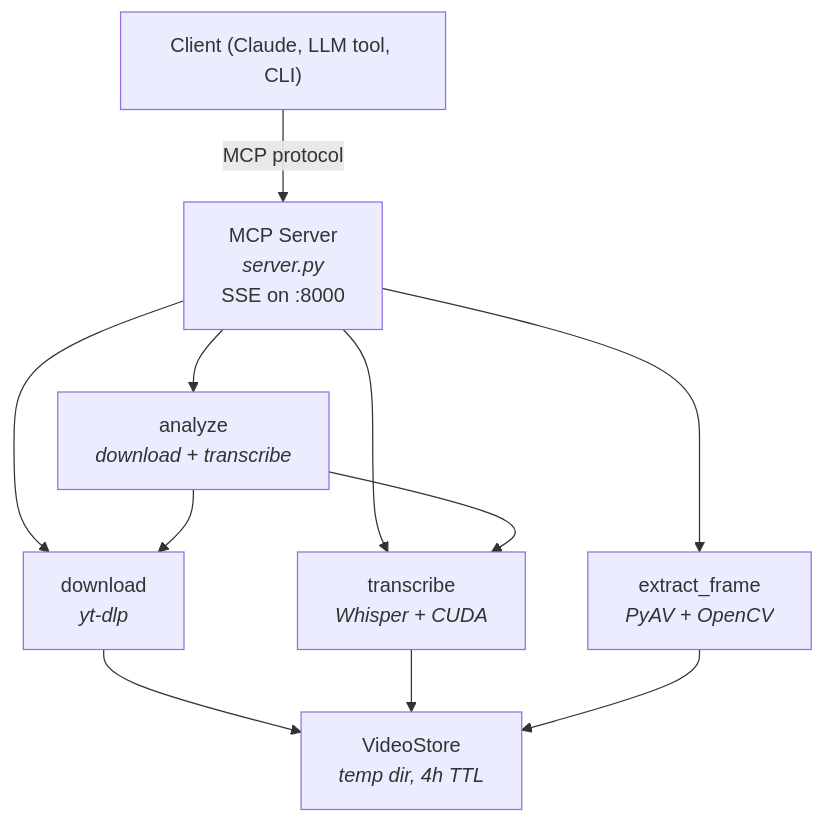
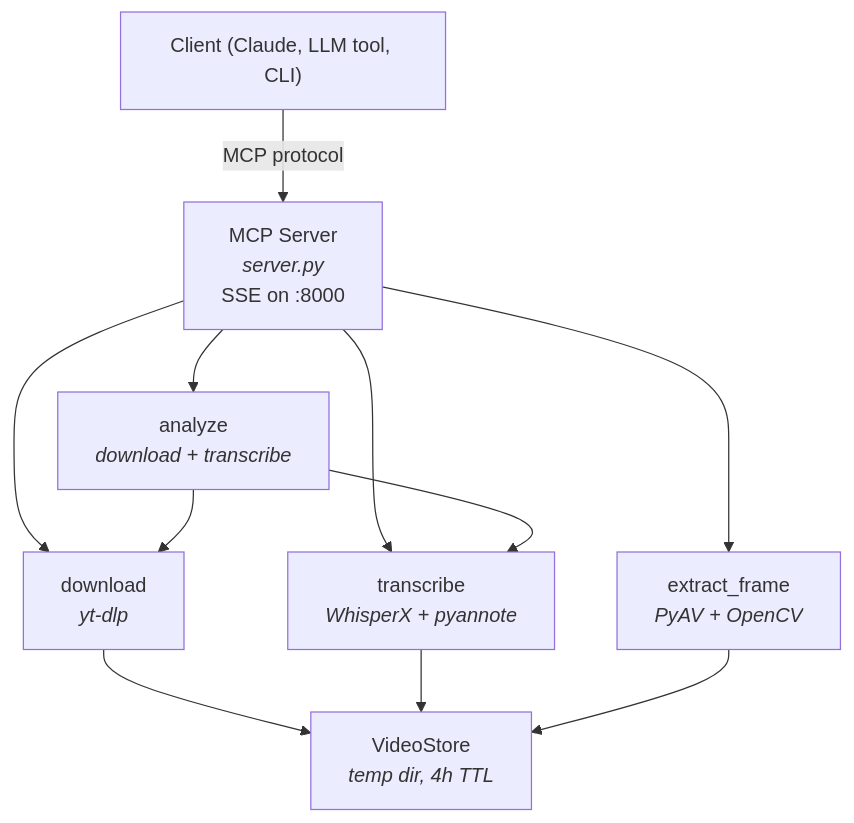
The diagram in README.md (icooper/video-decomposer-mcp), drawn with Mermaid before and after one commit. The commit also changed other lines of this file and 18 other files, not shown here.

````diff
--- a/README.md
+++ b/README.md
@@ -116,21 +118,21 @@
 ```mermaid
 graph TD
     Client["Client (Claude, LLM tool, CLI)"]
     MCP["MCP Server<br/><i>server.py</i><br/>SSE on :8000"]
     DL["download<br/><i>yt-dlp</i>"]
-    TR["transcribe<br/><i>Whisper + CUDA</i>"]
+    TR["transcribe<br/><i>WhisperX + pyannote</i>"]
     FR["extract_frame<br/><i>PyAV + OpenCV</i>"]
     AN["analyze<br/><i>download + transcribe</i>"]
     VS["VideoStore<br/><i>temp dir, 4h TTL</i>"]
 
     Client -->|MCP protocol| MCP
     MCP --> DL
     MCP --> TR
     MCP --> FR
     MCP --> AN
     AN --> DL
     AN --> TR
     DL --> VS
     TR --> VS
     FR --> VS
 ```
````
